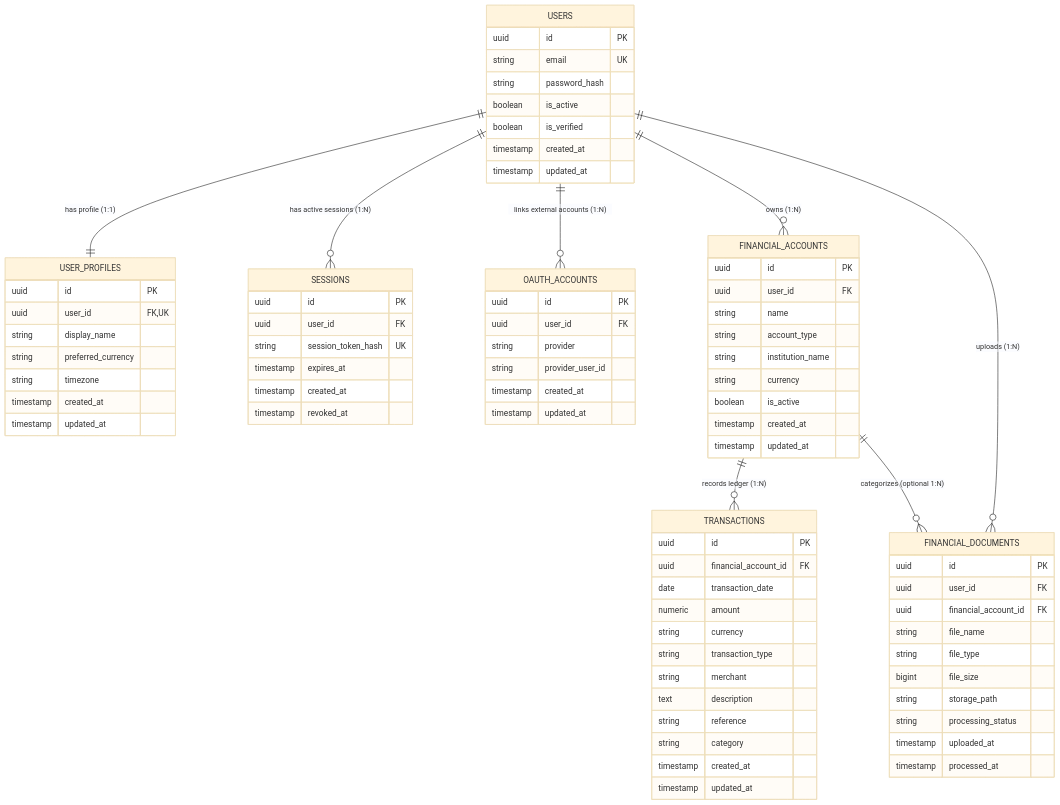
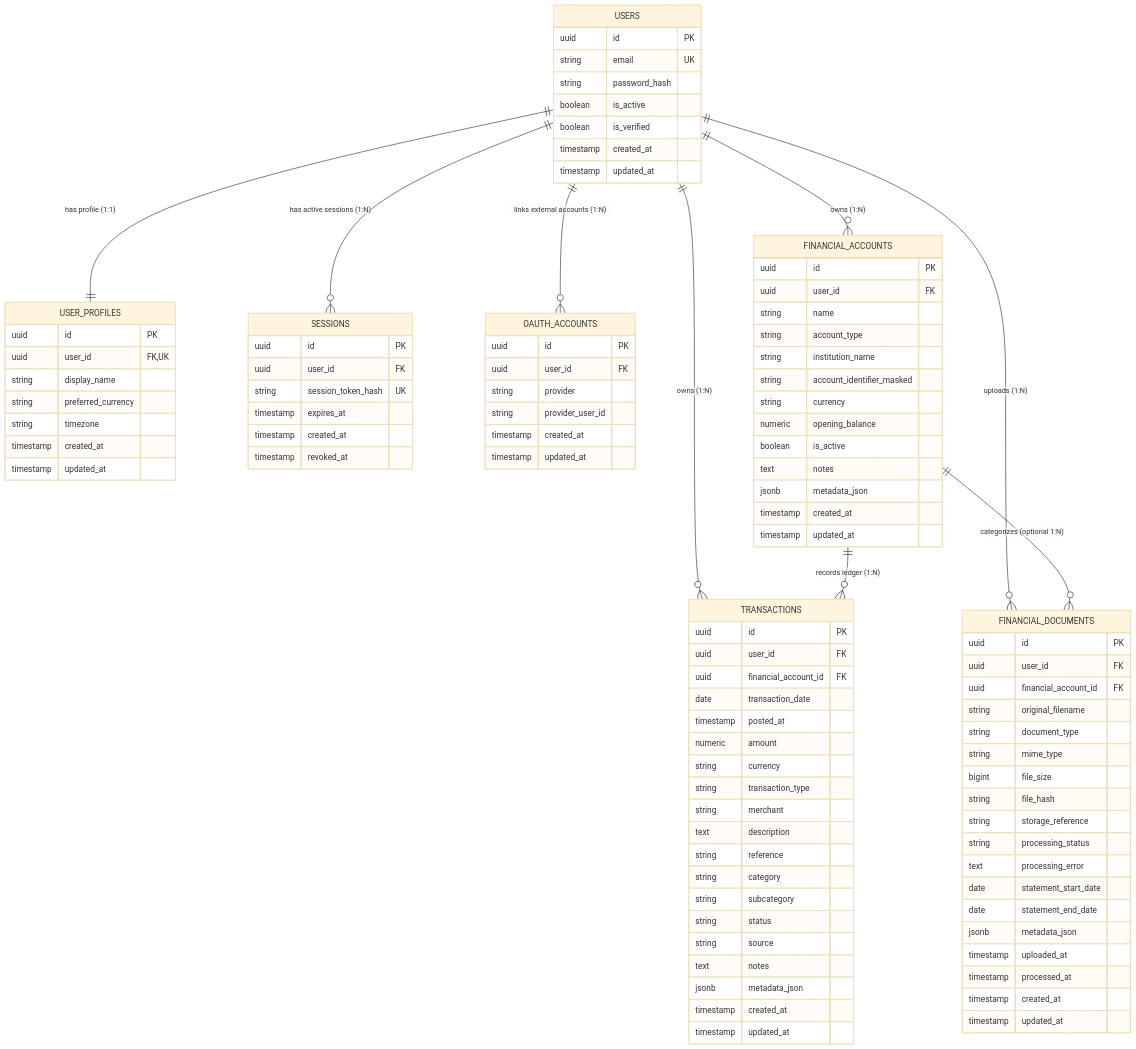
One commit to arulselvamsenthuran-sys/ai-personal-financial-decision-support-system changed the diagram in docs/DATABASE_DESIGN.md. Above: the diagram before and after it, drawn with Mermaid (base theme). The commit also changed other lines of this file and 88 other files, not shown here.

````diff
--- a/docs/DATABASE_DESIGN.md
+++ b/docs/DATABASE_DESIGN.md
@@ -53,6 +53,7 @@
     USERS ||--o{ SESSIONS : "has active sessions (1:N)"
     USERS ||--o{ OAUTH_ACCOUNTS : "links external accounts (1:N)"
     USERS ||--o{ FINANCIAL_ACCOUNTS : "owns (1:N)"
+    USERS ||--o{ TRANSACTIONS : "owns (1:N)"
     FINANCIAL_ACCOUNTS ||--o{ TRANSACTIONS : "records ledger (1:N)"
     USERS ||--o{ FINANCIAL_DOCUMENTS : "uploads (1:N)"
     FINANCIAL_ACCOUNTS ||--o{ FINANCIAL_DOCUMENTS : "categorizes (optional 1:N)"
@@ -101,16 +102,22 @@
         string name
         string account_type
         string institution_name
+        string account_identifier_masked
         string currency
+        numeric opening_balance
         boolean is_active
+        text notes
+        jsonb metadata_json
         timestamp created_at
         timestamp updated_at
     }
 
     TRANSACTIONS {
         uuid id PK
+        uuid user_id FK
         uuid financial_account_id FK
         date transaction_date
+        timestamp posted_at
         numeric amount
         string currency
         string transaction_type
@@ -118,6 +125,11 @@
         text description
         string reference
         string category
+        string subcategory
+        string status
+        string source
+        text notes
+        jsonb metadata_json
         timestamp created_at
         timestamp updated_at
     }
@@ -126,12 +138,20 @@
         uuid id PK
         uuid user_id FK
         uuid financial_account_id FK
-        string file_name
-        string file_type
+        string original_filename
+        string document_type
+        string mime_type
         bigint file_size
-        string storage_path
+        string file_hash
+        string storage_reference
         string processing_status
+        text processing_error
+        date statement_start_date
+        date statement_end_date
+        jsonb metadata_json
         timestamp uploaded_at
         timestamp processed_at
+        timestamp created_at
+        timestamp updated_at
     }
 ```
````
